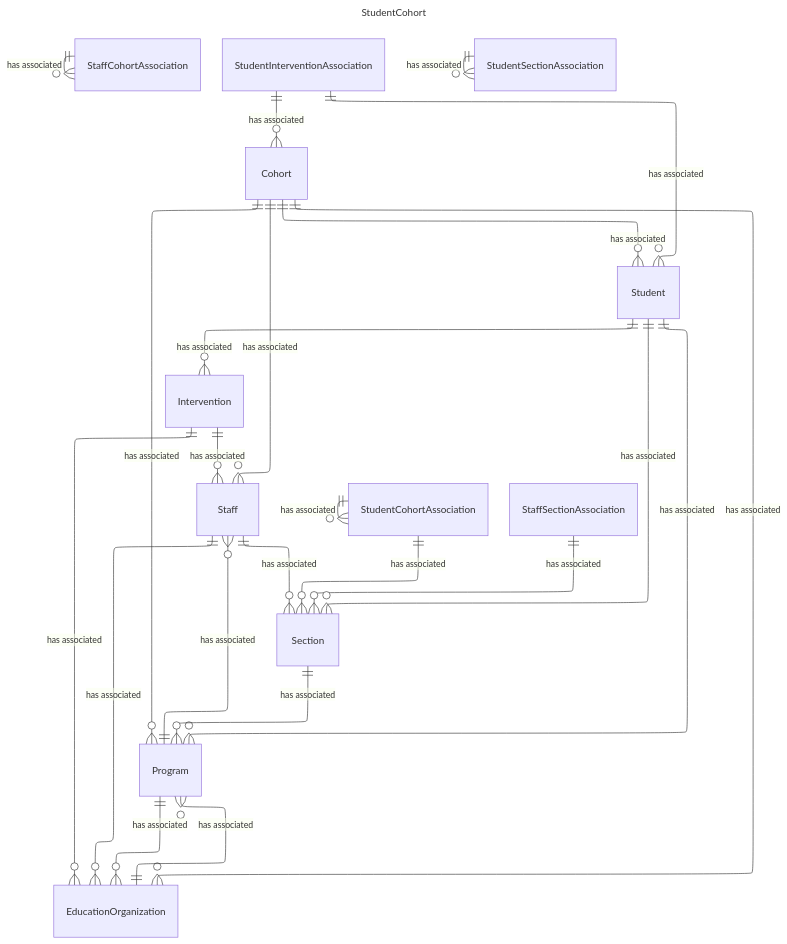
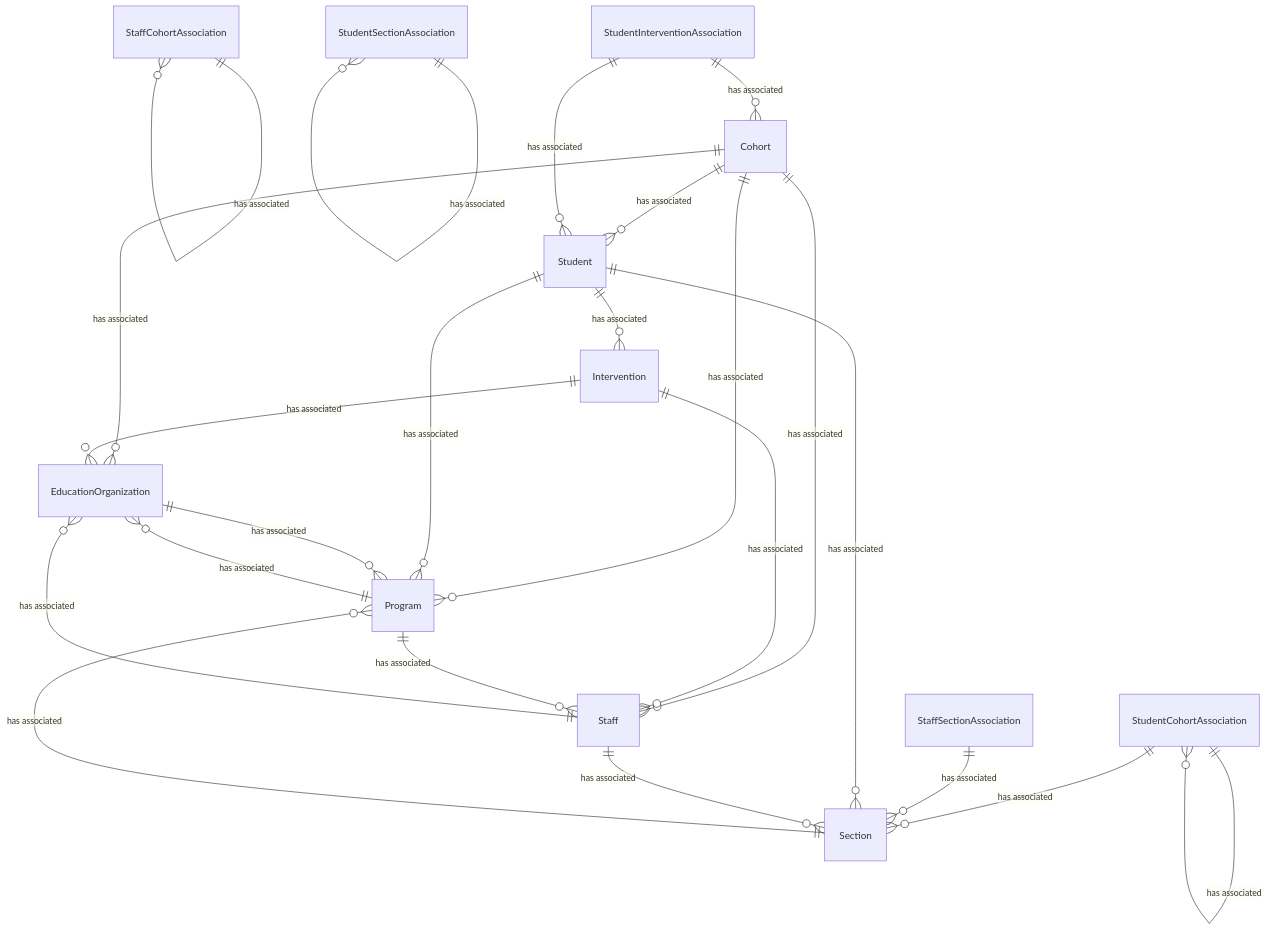
The diagram in dataStandard_versioned_docs/version-6/model-reference/student-cohort-domain/StudentCohort-simple.mmd (Ed-Fi-Alliance-OSS/ed-fi-alliance-oss.github.io), drawn with Mermaid before and after one commit. The commit also changed 132 other files, not shown here.

```diff
--- a/dataStandard_versioned_docs/version-6/model-reference/student-cohort-domain/StudentCohort-simple.mmd
+++ b/dataStandard_versioned_docs/version-6/model-reference/student-cohort-domain/StudentCohort-simple.mmd
@@ -1,52 +1,47 @@
----
-title: StudentCohort
-config:
-  layout: elk
----
 erDiagram
     Student {
     }
     Staff {
     }
     Cohort {
     }
     StudentCohortAssociation {
     }
     StaffCohortAssociation {
     }
     StudentInterventionAssociation {
     }
     Intervention {
     }
     StudentSectionAssociation {
     }
     StaffSectionAssociation {
     }
     Program {
     }
     Section {
     }
     EducationOrganization {
     }
     Cohort ||--o{ Student : "has associated"
     Cohort ||--o{ Program : "has associated"
     Cohort ||--o{ EducationOrganization : "has associated"
     Cohort ||--o{ Staff : "has associated"
     StudentCohortAssociation ||--o{ StudentCohortAssociation : "has associated"
     StudentCohortAssociation ||--o{ Section : "has associated"
     StaffCohortAssociation ||--o{ StaffCohortAssociation : "has associated"
     StudentInterventionAssociation ||--o{ Cohort : "has associated"
     StudentInterventionAssociation ||--o{ Student : "has associated"
     StudentSectionAssociation ||--o{ StudentSectionAssociation : "has associated"
     StaffSectionAssociation ||--o{ Section : "has associated"
     Student ||--o{ Intervention : "has associated"
     Student ||--o{ Program : "has associated"
     Student ||--o{ Section : "has associated"
     Staff ||--o{ EducationOrganization : "has associated"
     Staff ||--o{ Section : "has associated"
     Intervention ||--o{ EducationOrganization : "has associated"
     Intervention ||--o{ Staff : "has associated"
     Program ||--o{ EducationOrganization : "has associated"
     Program ||--o{ Staff : "has associated"
     EducationOrganization ||--o{ Program : "has associated"
     Section ||--o{ Program : "has associated"
```
